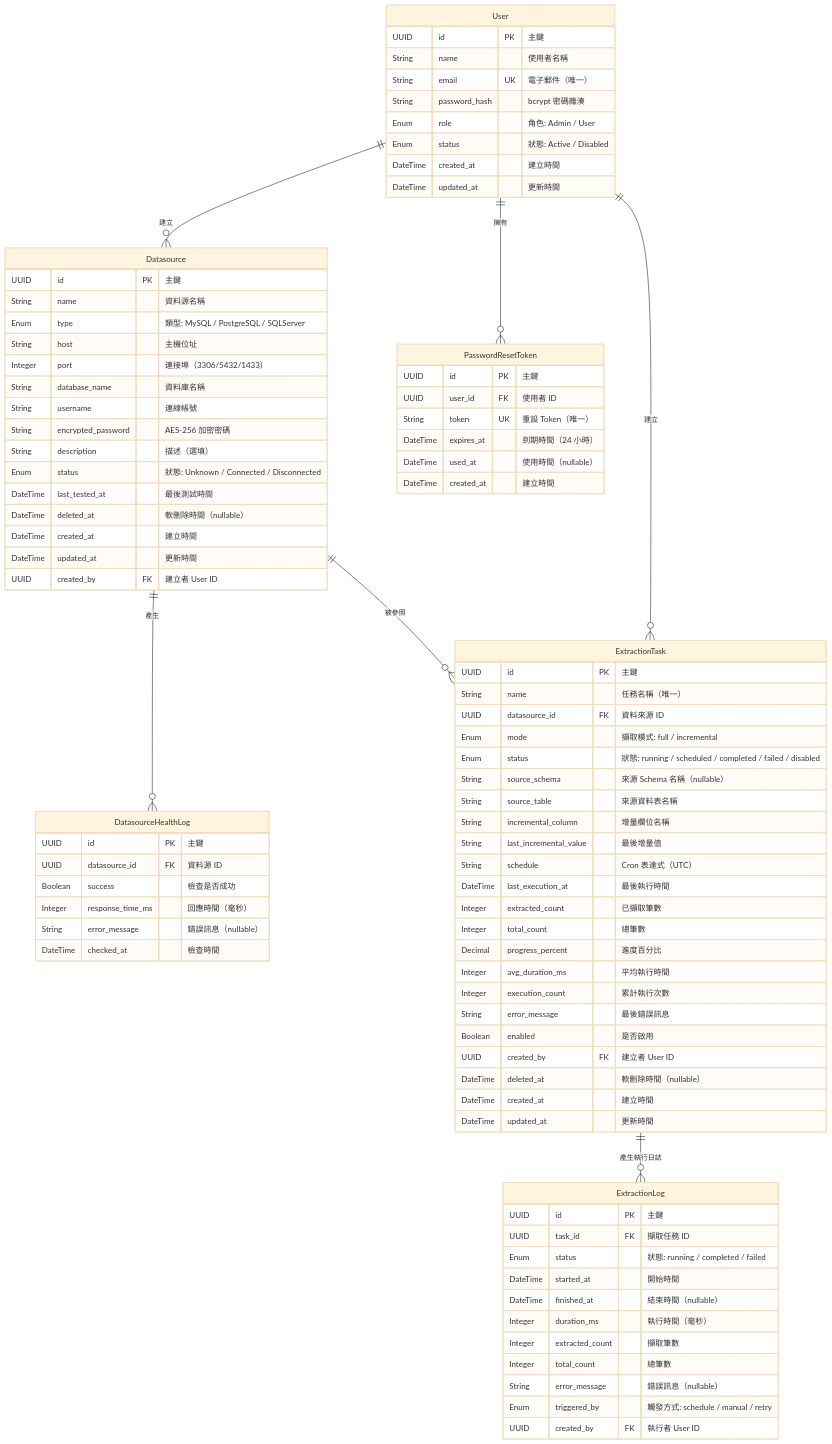
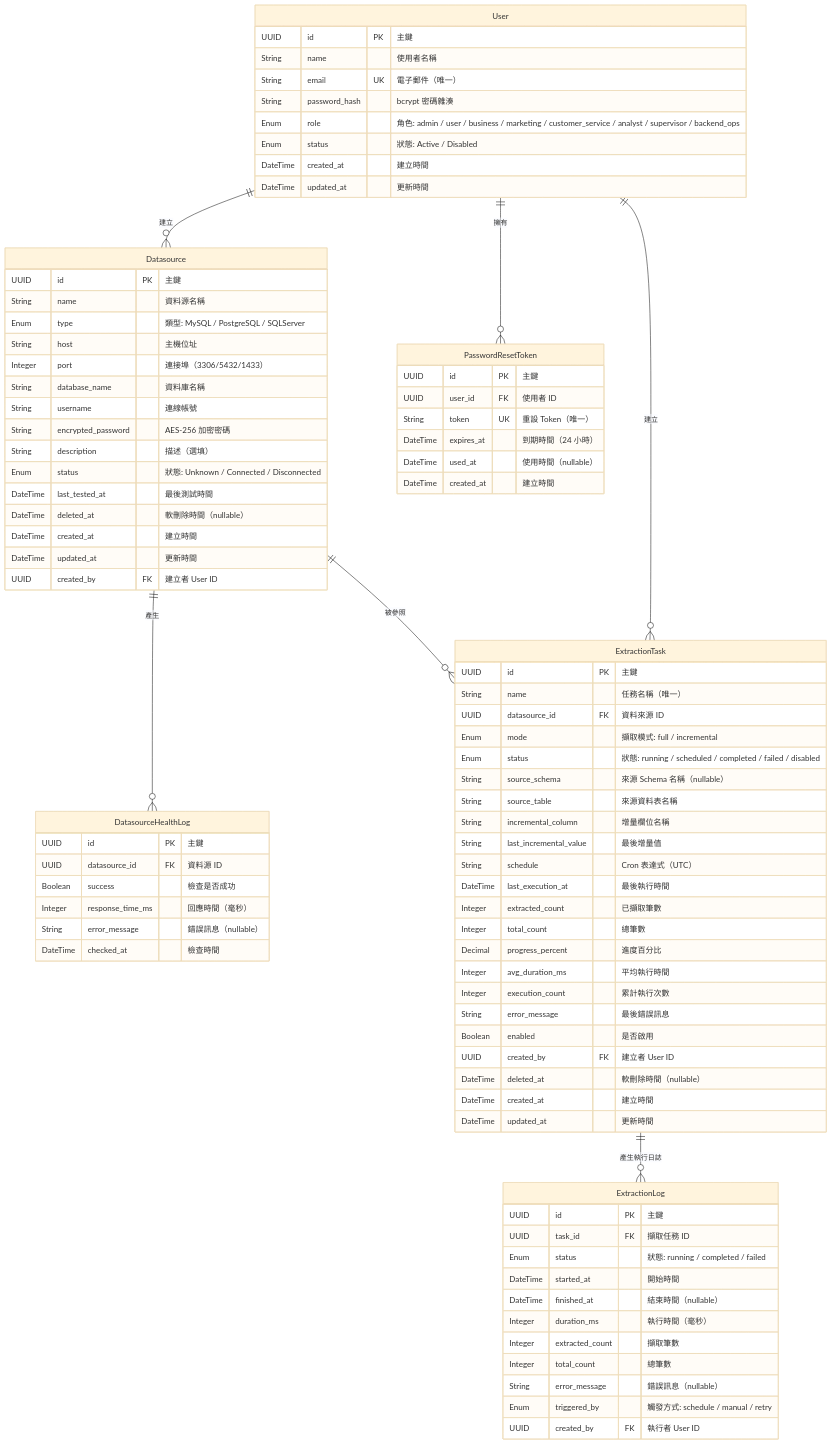
Before and after one commit to wisewhalesoft/cdmp-mvp: the diagram in docs/specs/diagrams/er-diagram.md, drawn with Mermaid (base theme). The commit also changed other lines of this file and 13 other files, not shown here.

```diff
--- a/docs/specs/diagrams/er-diagram.md
+++ b/docs/specs/diagrams/er-diagram.md
@@ -17,7 +17,7 @@
         String name "使用者名稱"
         String email UK "電子郵件（唯一）"
         String password_hash "bcrypt 密碼雜湊"
-        Enum role "角色: Admin / User"
+        Enum role "角色: admin / user / business / marketing / customer_service / analyst / supervisor / backend_ops"
         Enum status "狀態: Active / Disabled"
         DateTime created_at "建立時間"
         DateTime updated_at "更新時間"
```
